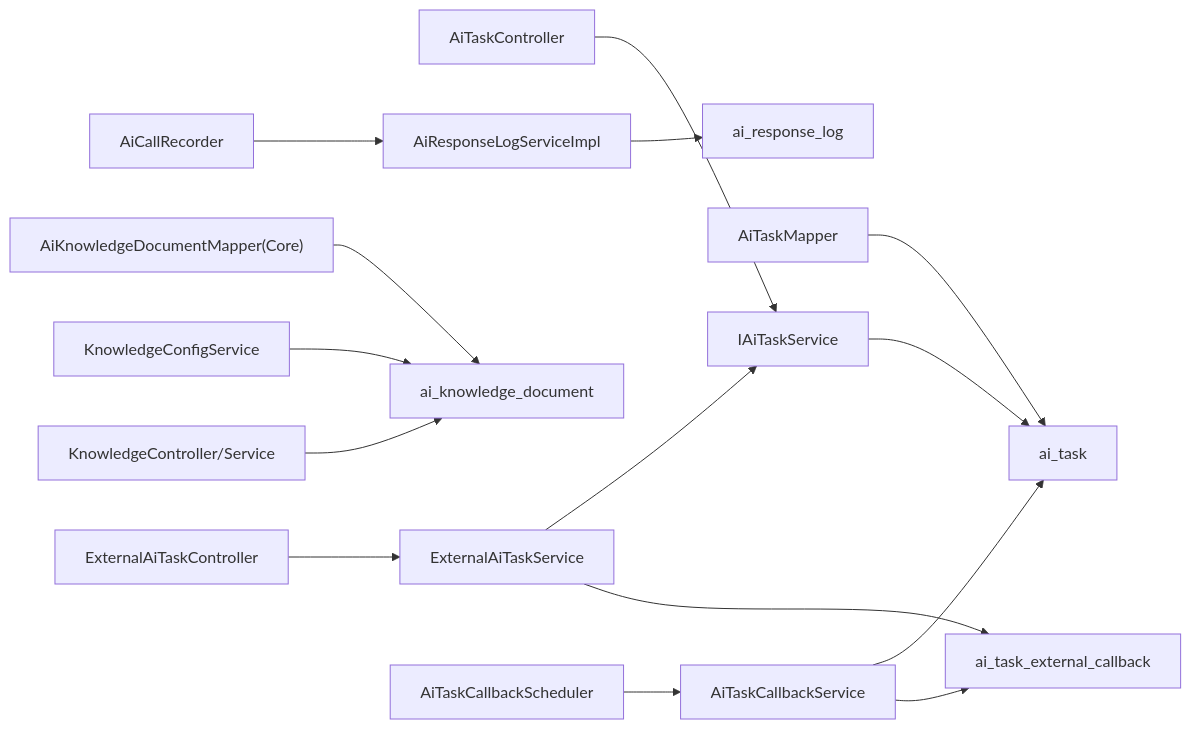
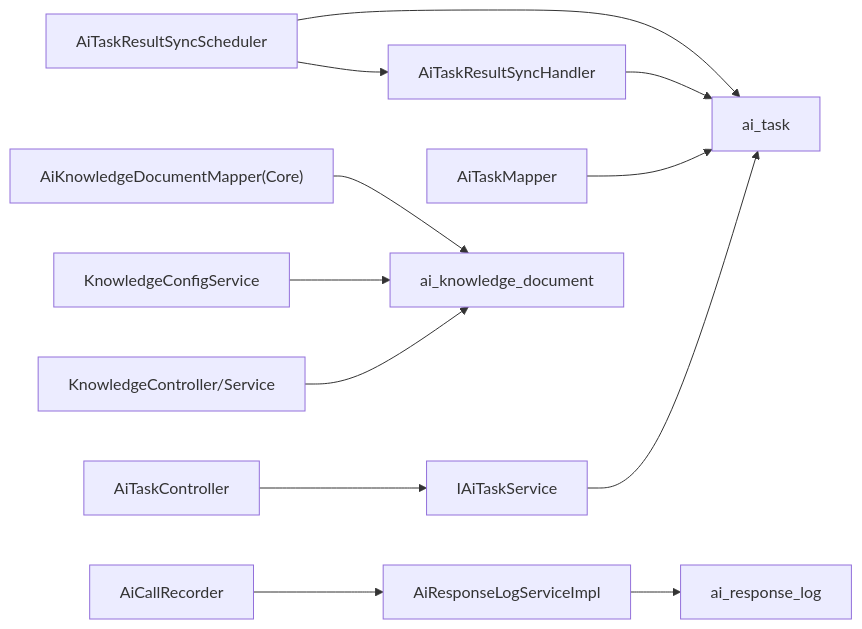
One commit to DrunkFood/First changed the seventh of 7 diagrams in .qoder/repowiki/zh/content/数据库设计/AI任务相关数据.md. Above: the diagram before and after it, drawn with Mermaid. The commit also changed other lines of this file and 58 other files, not shown here.

````diff
--- a/.qoder/repowiki/zh/content/数据库设计/AI任务相关数据.md
+++ b/.qoder/repowiki/zh/content/数据库设计/AI任务相关数据.md
@@ -404,17 +365,14 @@
 ```mermaid
 graph LR
 CoreCtrl["AiTaskController"] --> CoreSvc["IAiTaskService"]
 CoreSvc --> DB["ai_task"]
 AISvc["AiTaskMapper"] --> DB
 Recorder["AiCallRecorder"] --> LogSvc["AiResponseLogServiceImpl"]
 LogSvc --> LogDB["ai_response_log"]
 AIKB["KnowledgeController/Service"] --> KBDB["ai_knowledge_document"]
 SupportKB["KnowledgeConfigService"] --> KBDB
 CoreKB["AiKnowledgeDocumentMapper(Core)"] --> KBDB
-ExtCtrl["ExternalAiTaskController"] --> ExtSvc["ExternalAiTaskService"]
-ExtSvc --> CallbackDB["ai_task_external_callback"]
-ExtSvc --> CoreSvc
-CallbackScheduler["AiTaskCallbackScheduler"] --> CallbackSvc["AiTaskCallbackService"]
-CallbackSvc --> CallbackDB
-CallbackSvc --> DB
+SyncScheduler["AiTaskResultSyncScheduler"] --> SyncHandler["AiTaskResultSyncHandler"]
+SyncHandler --> DB
+SyncScheduler --> DB
 ```
````
